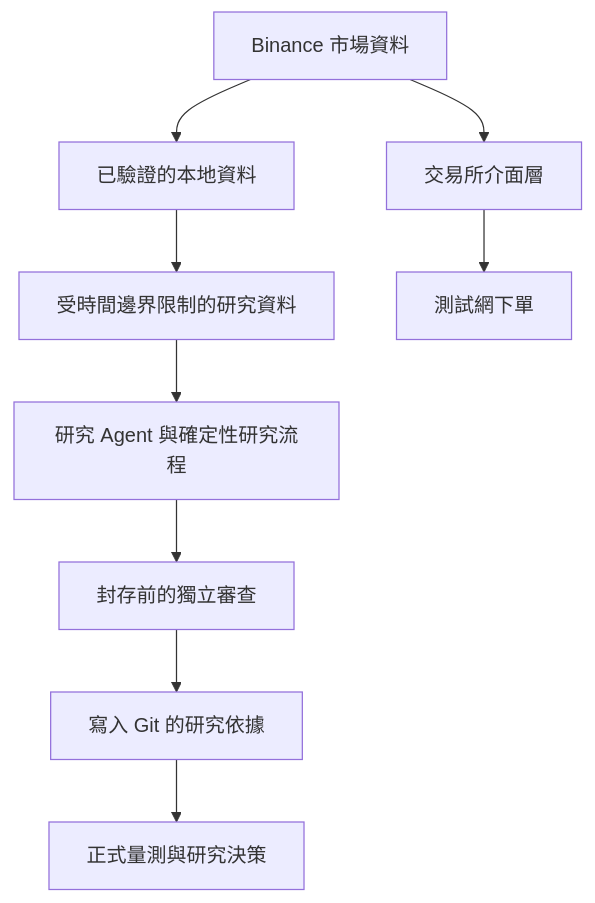
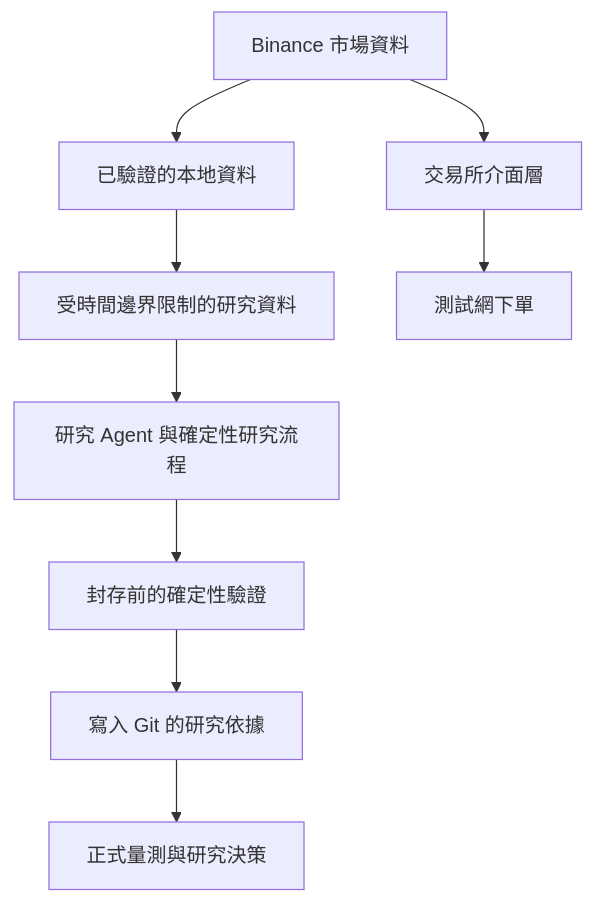
One commit to terrylu930119/crypto-research-platform changed the diagram in ARCHITECTURE.zh-TW.md. Above: the diagram before and after it, drawn with Mermaid. The commit also changed other lines of this file and 7 other files, not shown here.

````diff
--- a/ARCHITECTURE.zh-TW.md
+++ b/ARCHITECTURE.zh-TW.md
@@ -7,12 +7,12 @@
 ```mermaid
 flowchart TD
     A[Binance 市場資料] --> B[已驗證的本地資料]
     B --> C[受時間邊界限制的研究資料]
     C --> D[研究 Agent 與確定性研究流程]
-    D --> E[封存前的獨立審查]
+    D --> E[封存前的確定性驗證]
     E --> F[寫入 Git 的研究依據]
     F --> G[正式量測與研究決策]
 
     A --> H[交易所介面層]
     H --> I[測試網下單]
 ```
````
